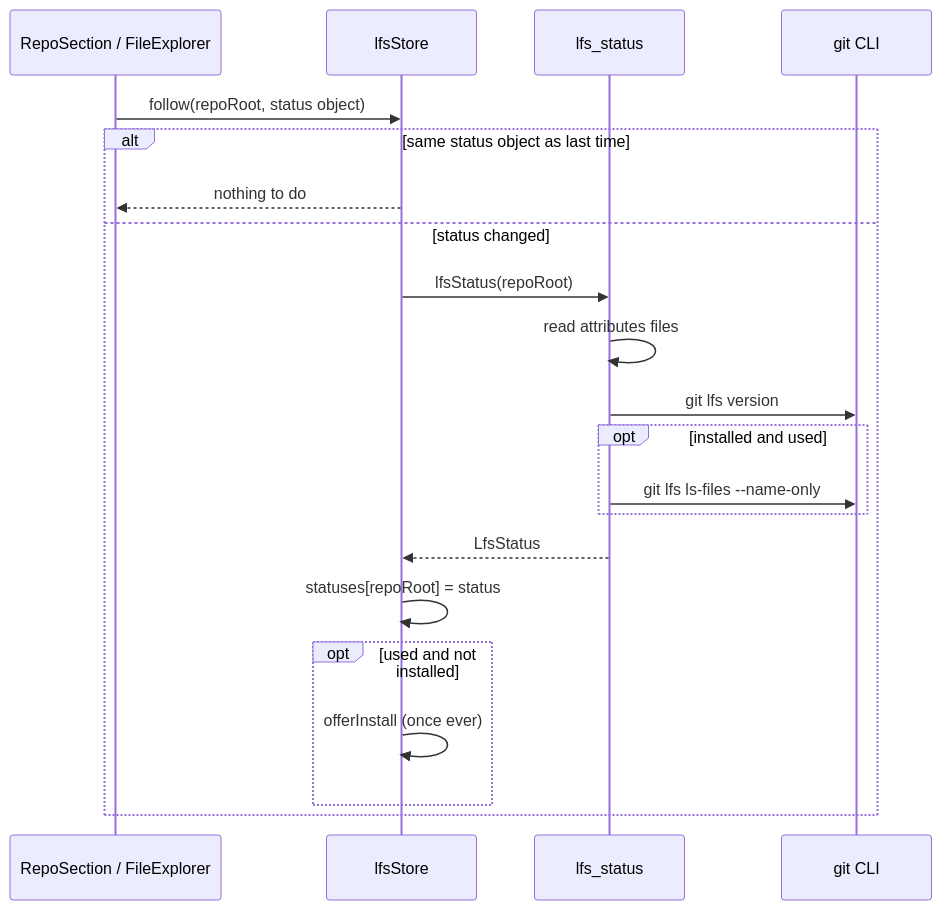
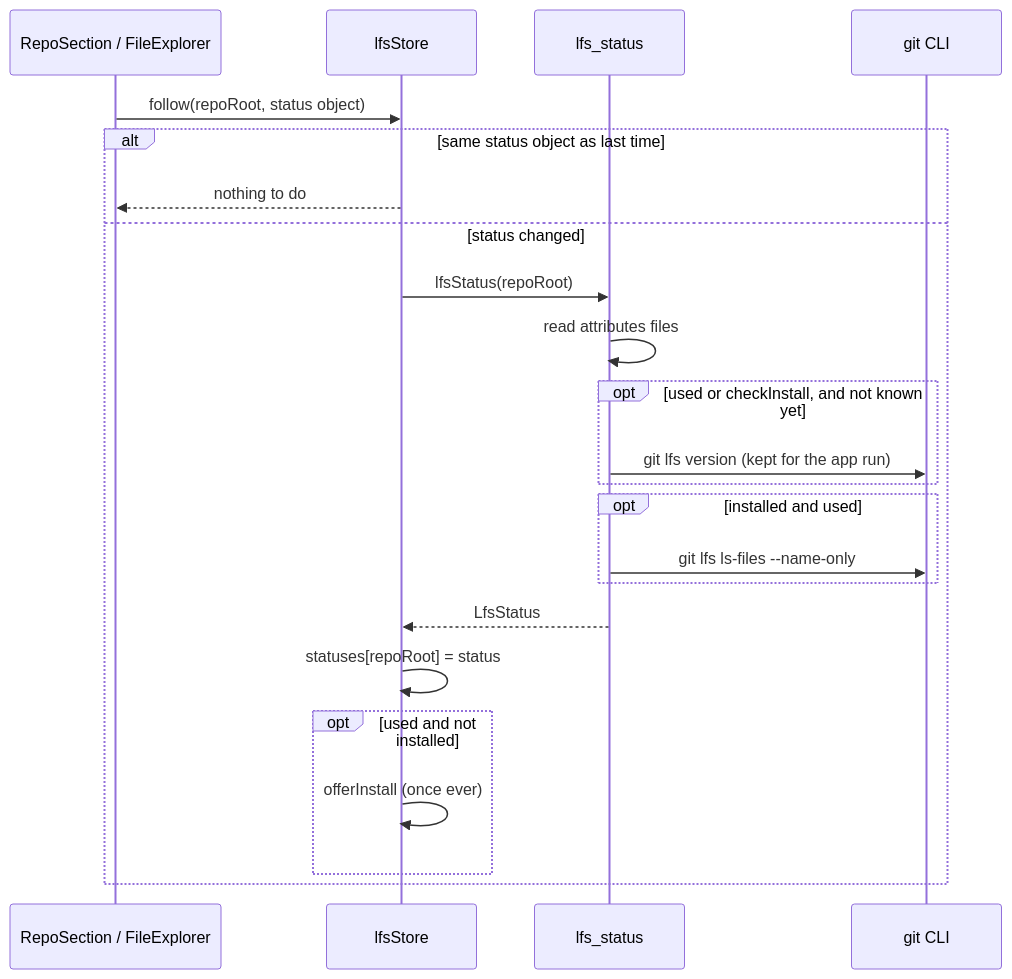
Before and after one commit to shibbirweb/git-manager: the first of 2 diagrams in docs/wiki/developer/How-Git-LFS-Works.md, drawn with Mermaid. The commit also changed other lines of this file and 54 other files, not shown here.

````diff
--- a/docs/wiki/developer/How-Git-LFS-Works.md
+++ b/docs/wiki/developer/How-Git-LFS-Works.md
@@ -28,23 +28,25 @@
 ```mermaid
 sequenceDiagram
     participant RS as RepoSection / FileExplorer
     participant LS as lfsStore
     participant CMD as lfs_status
     participant Git as git CLI
     RS->>LS: follow(repoRoot, status object)
     alt same status object as last time
         LS-->>RS: nothing to do
     else status changed
         LS->>CMD: lfsStatus(repoRoot)
         CMD->>CMD: read attributes files
-        CMD->>Git: git lfs version
+        opt used or checkInstall, and not known yet
+            CMD->>Git: git lfs version (kept for the app run)
+        end
         opt installed and used
             CMD->>Git: git lfs ls-files --name-only
         end
         CMD-->>LS: LfsStatus
         LS->>LS: statuses[repoRoot] = status
         opt used and not installed
             LS->>LS: offerInstall (once ever)
         end
     end
 ```
````
